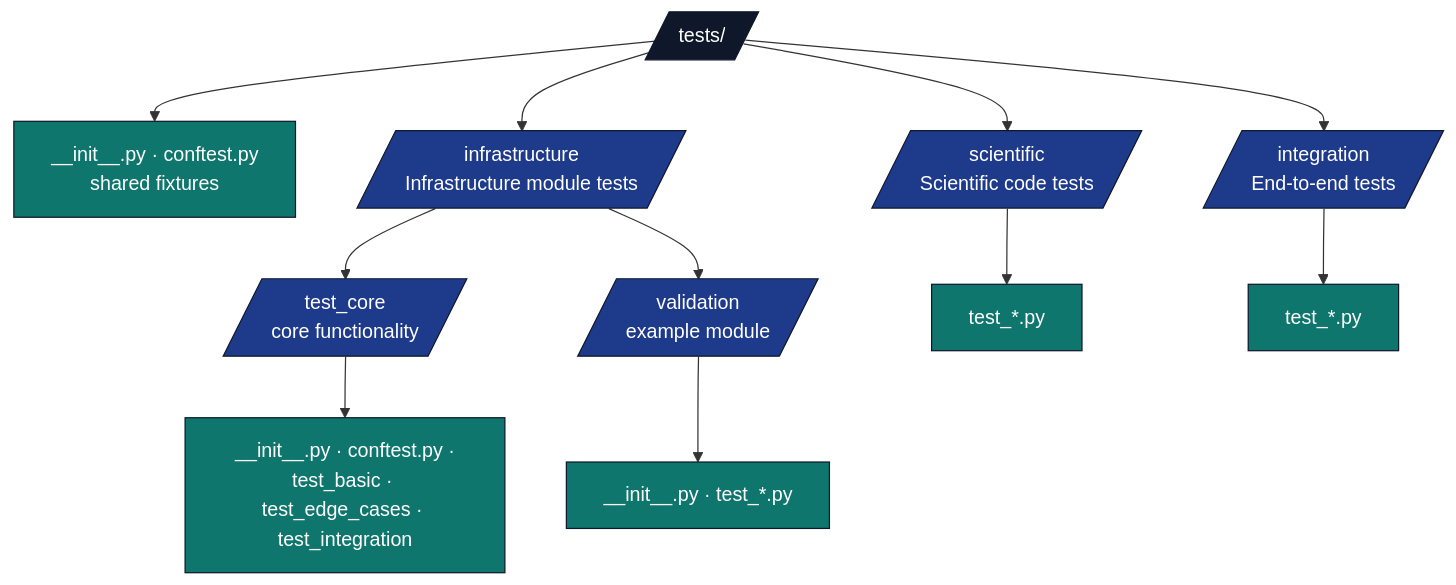
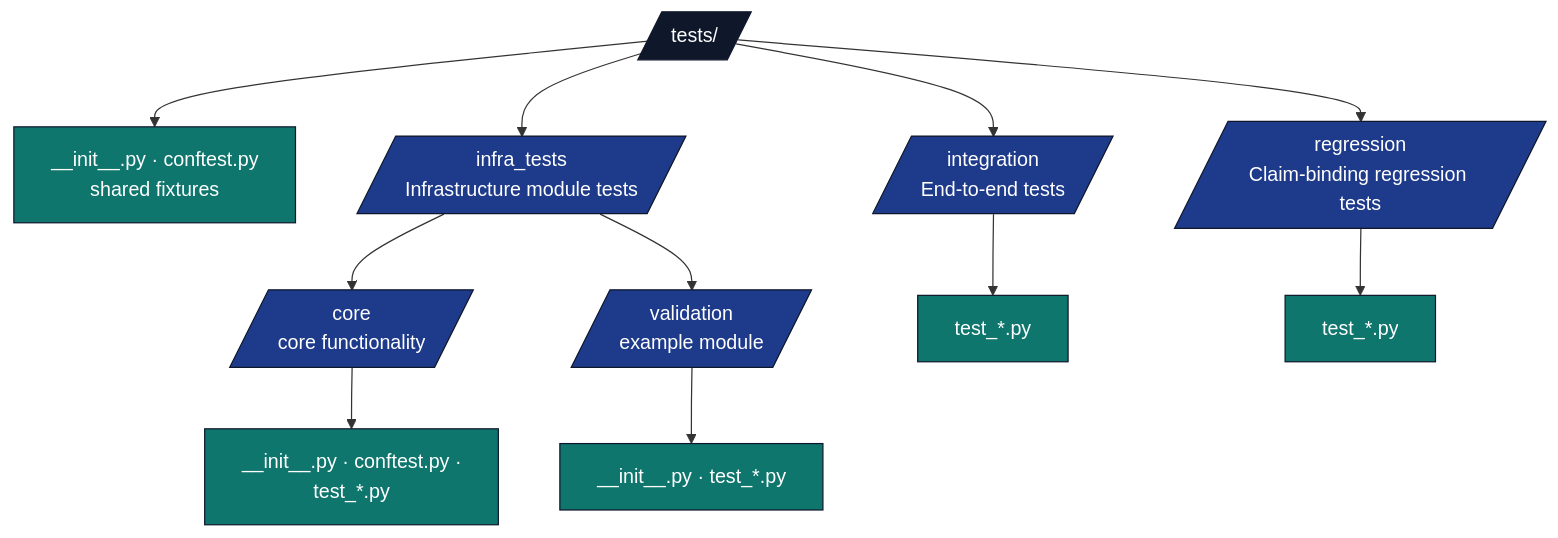
Before and after one commit to docxology/template: the first of 2 diagrams in docs/rules/testing_standards.md, drawn with Mermaid. The commit also changed other lines of this file and 35 other files, not shown here.

````diff
--- a/docs/rules/testing_standards.md
+++ b/docs/rules/testing_standards.md
@@ -34,22 +34,22 @@
 ```mermaid
 flowchart TB
     T[/tests//]
     T --> META[__init__.py · conftest.py<br/>shared fixtures]
-    T --> INFRA[/infrastructure<br/>Infrastructure module tests/]
-    T --> SCI[/scientific<br/>Scientific code tests/]
+    T --> INFRA[/infra_tests<br/>Infrastructure module tests/]
     T --> INTEG[/integration<br/>End-to-end tests/]
+    T --> REG[/regression<br/>Claim-binding regression tests/]
 
-    INFRA --> CORE[/test_core<br/>core functionality/]
+    INFRA --> CORE[/core<br/>core functionality/]
     INFRA --> VAL[/validation<br/>example module/]
-    CORE --> CORE_F[__init__.py · conftest.py ·<br/>test_basic · test_edge_cases · test_integration]
+    CORE --> CORE_F[__init__.py · conftest.py ·<br/>test_*.py]
     VAL --> VAL_F[__init__.py · test_*.py]
-    SCI --> SCI_F[test_*.py]
     INTEG --> INTEG_F[test_*.py]
+    REG --> REG_F[test_*.py]
 
     classDef d fill:#0f172a,stroke:#0f172a,color:#fff
     classDef pkg fill:#1e3a8a,stroke:#0f172a,color:#fff
     classDef f fill:#0f766e,stroke:#0f172a,color:#fff
     class T d
-    class INFRA,SCI,INTEG,CORE,VAL pkg
-    class META,CORE_F,VAL_F,SCI_F,INTEG_F f
+    class INFRA,INTEG,REG,CORE,VAL pkg
+    class META,CORE_F,VAL_F,INTEG_F,REG_F f
 ```
````
